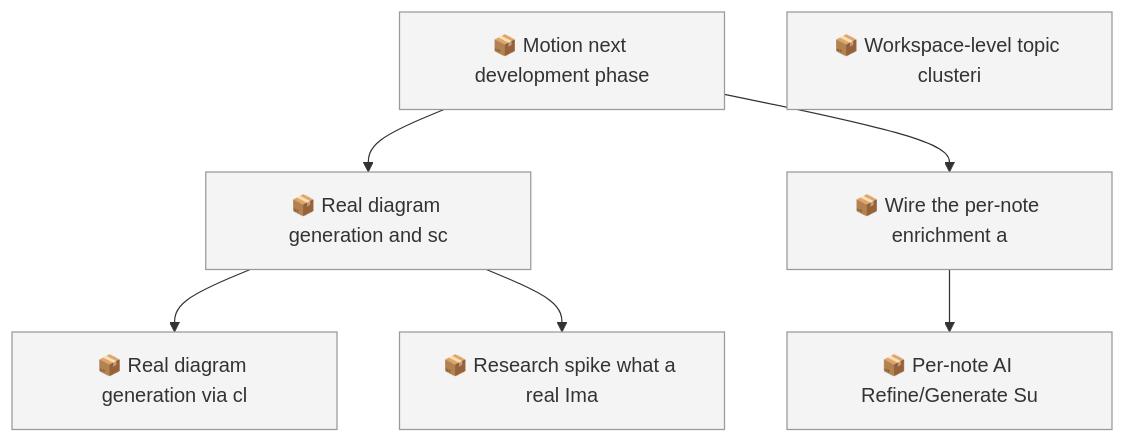
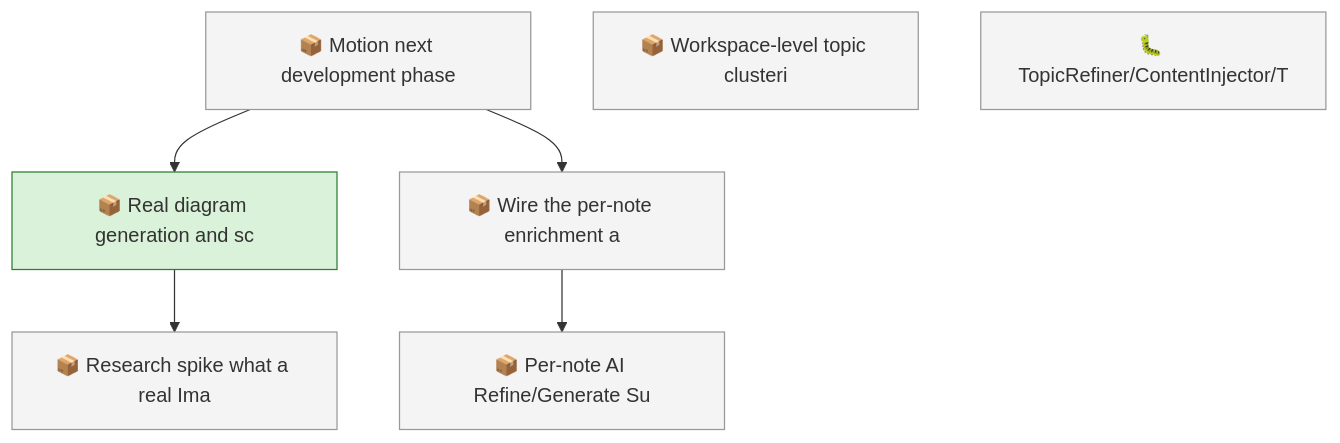
The first of 2 diagrams in docs/roadmap.md (SpillwaveSolutions/motion), drawn with Mermaid before and after one commit. The commit also changed other lines of this file and 26 other files, not shown here.

````diff
--- a/docs/roadmap.md
+++ b/docs/roadmap.md
@@ -43,17 +52,18 @@
 ```mermaid
 graph TD
     01KYFZ6RBHABFSC9K9NJ90168Q["📦 Motion next development phase"]
     01KYFZ6RBJ5718M3GQPAB76RHS["📦 Real diagram generation and sc"]
-    01KYFZ6RBJCWMMF7THJZFB6943["📦 Real diagram generation via cl"]
     01KYFZ6RBJEYPZ9RX0F86490TM["📦 Research spike what a real Ima"]
     01KYFZ6RBJV920SFW0MAN9MX9J["📦 Wire the per-note enrichment a"]
     01KYFZ6RBJZNYDT9AK2V0RA11T["📦 Per-note AI Refine/Generate Su"]
     01KYFZ8RGR06XBSG9CH4TEWYJY["📦 Workspace-level topic clusteri"]
+    01KYJW5XJ5HTG7ESZ7DDDS8W0C["🐛 TopicRefiner/ContentInjector/T"]
     01KYFZ6RBHABFSC9K9NJ90168Q --> 01KYFZ6RBJ5718M3GQPAB76RHS
-    01KYFZ6RBJ5718M3GQPAB76RHS --> 01KYFZ6RBJCWMMF7THJZFB6943
     01KYFZ6RBJ5718M3GQPAB76RHS --> 01KYFZ6RBJEYPZ9RX0F86490TM
     01KYFZ6RBHABFSC9K9NJ90168Q --> 01KYFZ6RBJV920SFW0MAN9MX9J
     01KYFZ6RBJV920SFW0MAN9MX9J --> 01KYFZ6RBJZNYDT9AK2V0RA11T
     classDef todo fill:#f4f4f4,stroke:#999999
-    class 01KYFZ6RBHABFSC9K9NJ90168Q,01KYFZ6RBJ5718M3GQPAB76RHS,01KYFZ6RBJCWMMF7THJZFB6943,01KYFZ6RBJEYPZ9RX0F86490TM,01KYFZ6RBJV920SFW0MAN9MX9J,01KYFZ6RBJZNYDT9AK2V0RA11T,01KYFZ8RGR06XBSG9CH4TEWYJY todo
+    class 01KYFZ6RBHABFSC9K9NJ90168Q,01KYFZ6RBJEYPZ9RX0F86490TM,01KYFZ6RBJV920SFW0MAN9MX9J,01KYFZ6RBJZNYDT9AK2V0RA11T,01KYFZ8RGR06XBSG9CH4TEWYJY,01KYJW5XJ5HTG7ESZ7DDDS8W0C todo
+    classDef in_progress fill:#d9f2d9,stroke:#2e7d32
+    class 01KYFZ6RBJ5718M3GQPAB76RHS in_progress
 ```
````
